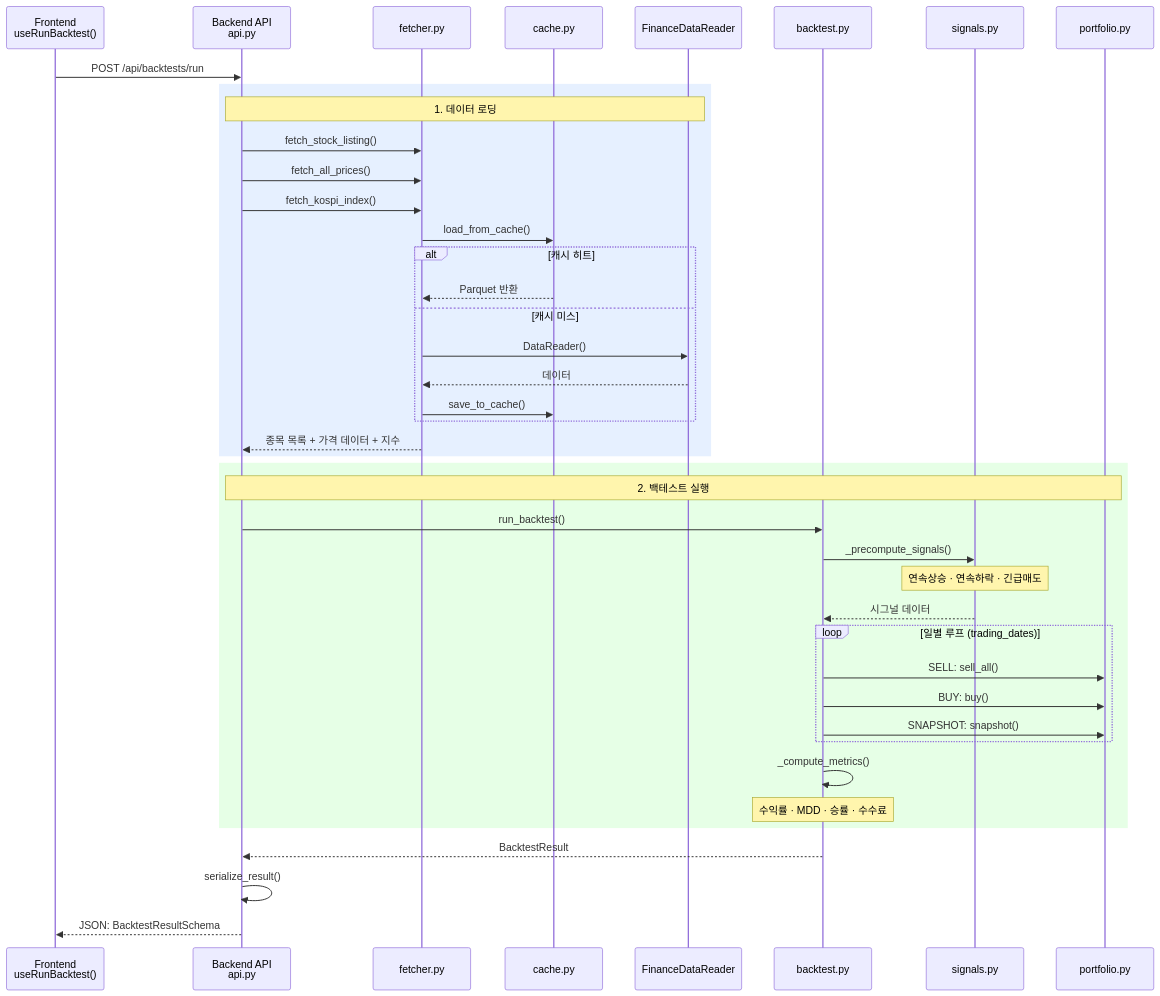
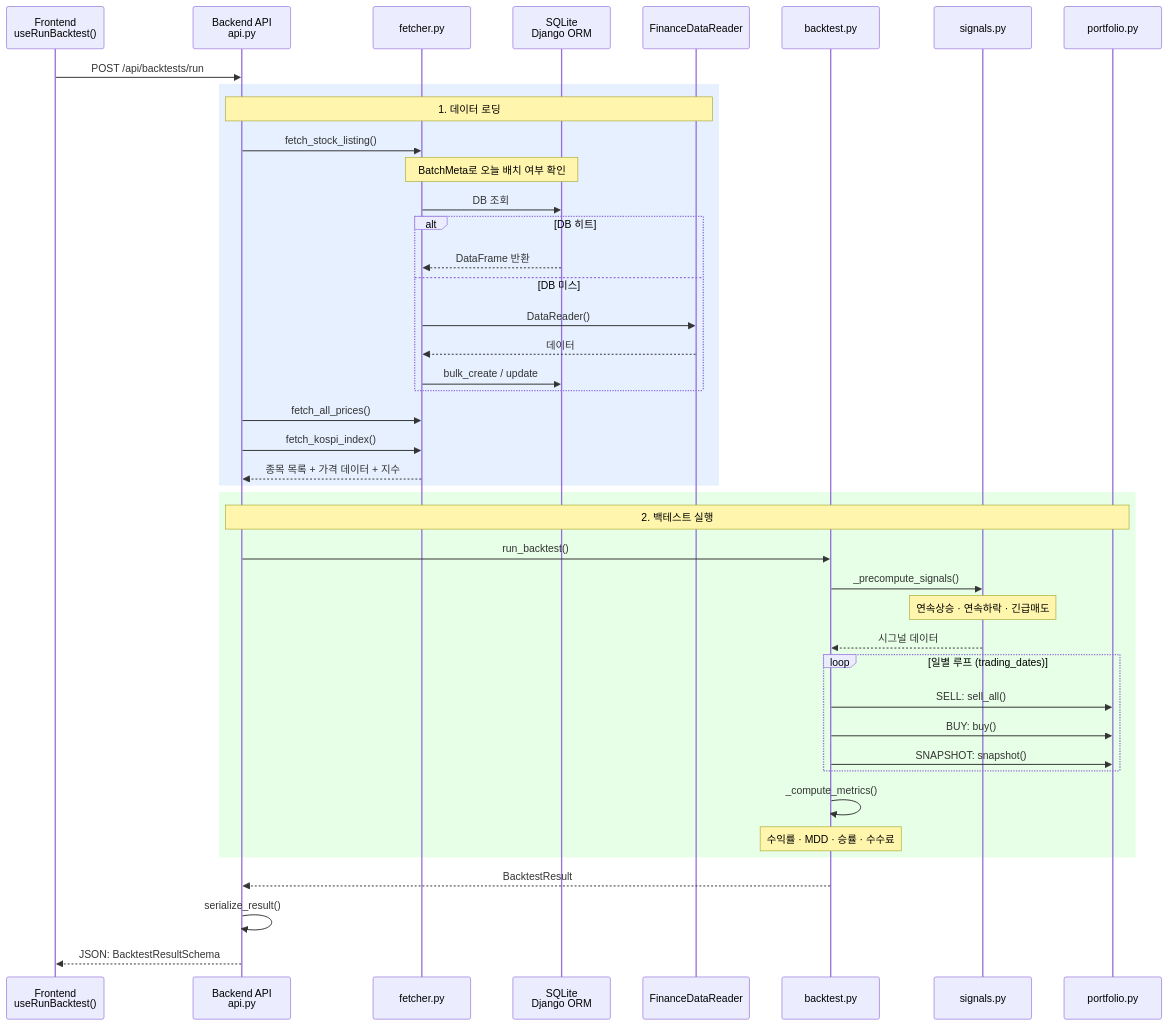
One commit to lonelywolflee/lw-project-stock-simulator changed the second of 2 diagrams in docs/01-architecture.md. Above: the diagram before and after it, drawn with Mermaid. The commit also changed other lines of this file and 3 other files, not shown here.

````diff
--- a/docs/01-architecture.md
+++ b/docs/01-architecture.md
@@ -95,48 +94,49 @@
 ```mermaid
 sequenceDiagram
     participant FE as Frontend<br/>useRunBacktest()
     participant API as Backend API<br/>api.py
     participant Fetcher as fetcher.py
-    participant Cache as cache.py
+    participant DB as SQLite<br/>Django ORM
     participant FDR as FinanceDataReader
     participant BT as backtest.py
     participant Sig as signals.py
     participant Port as portfolio.py
 
     FE->>API: POST /api/backtests/run
 
     rect rgb(230, 240, 255)
         Note over API,FDR: 1. 데이터 로딩
         API->>Fetcher: fetch_stock_listing()
+        Note over Fetcher,DB: BatchMeta로 오늘 배치 여부 확인
+        Fetcher->>DB: DB 조회
+        alt DB 히트
+            DB-->>Fetcher: DataFrame 반환
+        else DB 미스
+            Fetcher->>FDR: DataReader()
+            FDR-->>Fetcher: 데이터
+            Fetcher->>DB: bulk_create / update
+        end
         API->>Fetcher: fetch_all_prices()
         API->>Fetcher: fetch_kospi_index()
-        Fetcher->>Cache: load_from_cache()
-        alt 캐시 히트
-            Cache-->>Fetcher: Parquet 반환
-        else 캐시 미스
-            Fetcher->>FDR: DataReader()
-            FDR-->>Fetcher: 데이터
-            Fetcher->>Cache: save_to_cache()
-        end
         Fetcher-->>API: 종목 목록 + 가격 데이터 + 지수
     end
 
     rect rgb(230, 255, 230)
         Note over API,Port: 2. 백테스트 실행
         API->>BT: run_backtest()
         BT->>Sig: _precompute_signals()
         Note over Sig: 연속상승 · 연속하락 · 긴급매도
         Sig-->>BT: 시그널 데이터
         loop 일별 루프 (trading_dates)
             BT->>Port: SELL: sell_all()
             BT->>Port: BUY: buy()
             BT->>Port: SNAPSHOT: snapshot()
         end
         BT->>BT: _compute_metrics()
         Note over BT: 수익률 · MDD · 승률 · 수수료
     end
 
     BT-->>API: BacktestResult
     API->>API: serialize_result()
     API-->>FE: JSON: BacktestResultSchema
 ```
````
